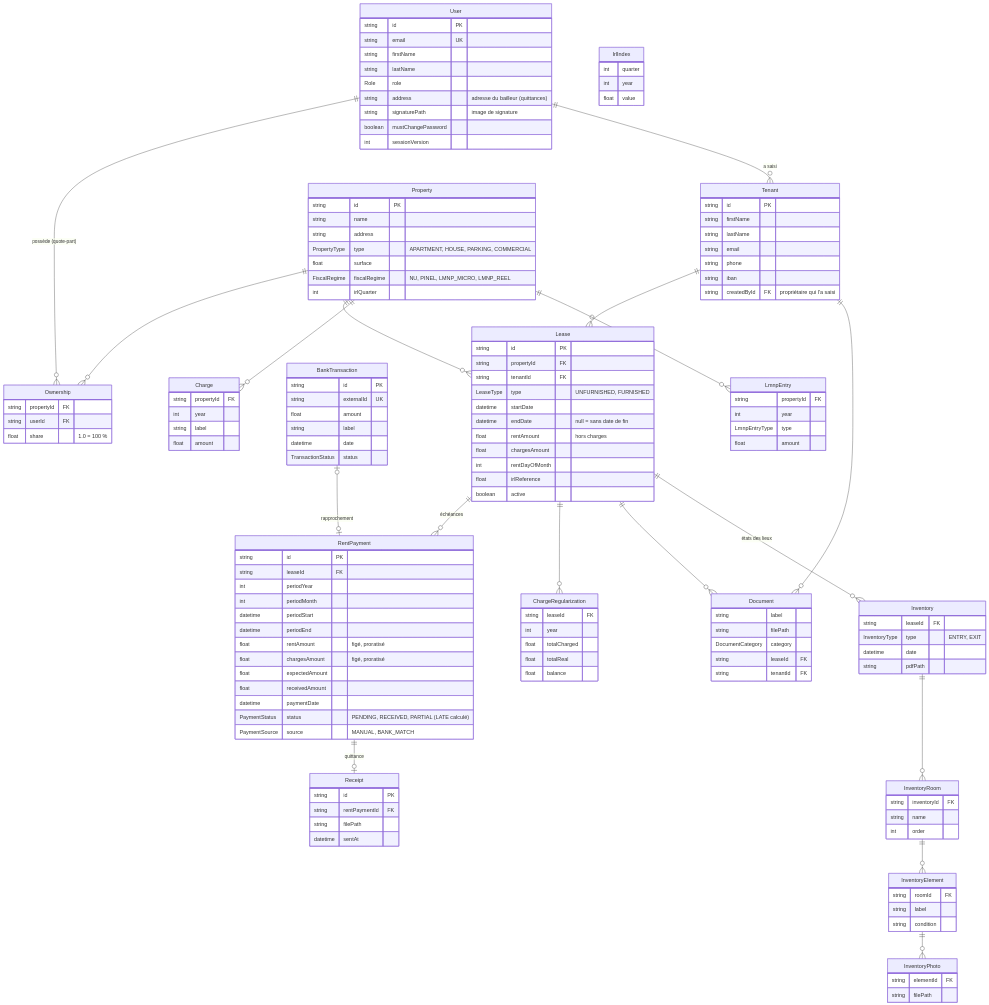
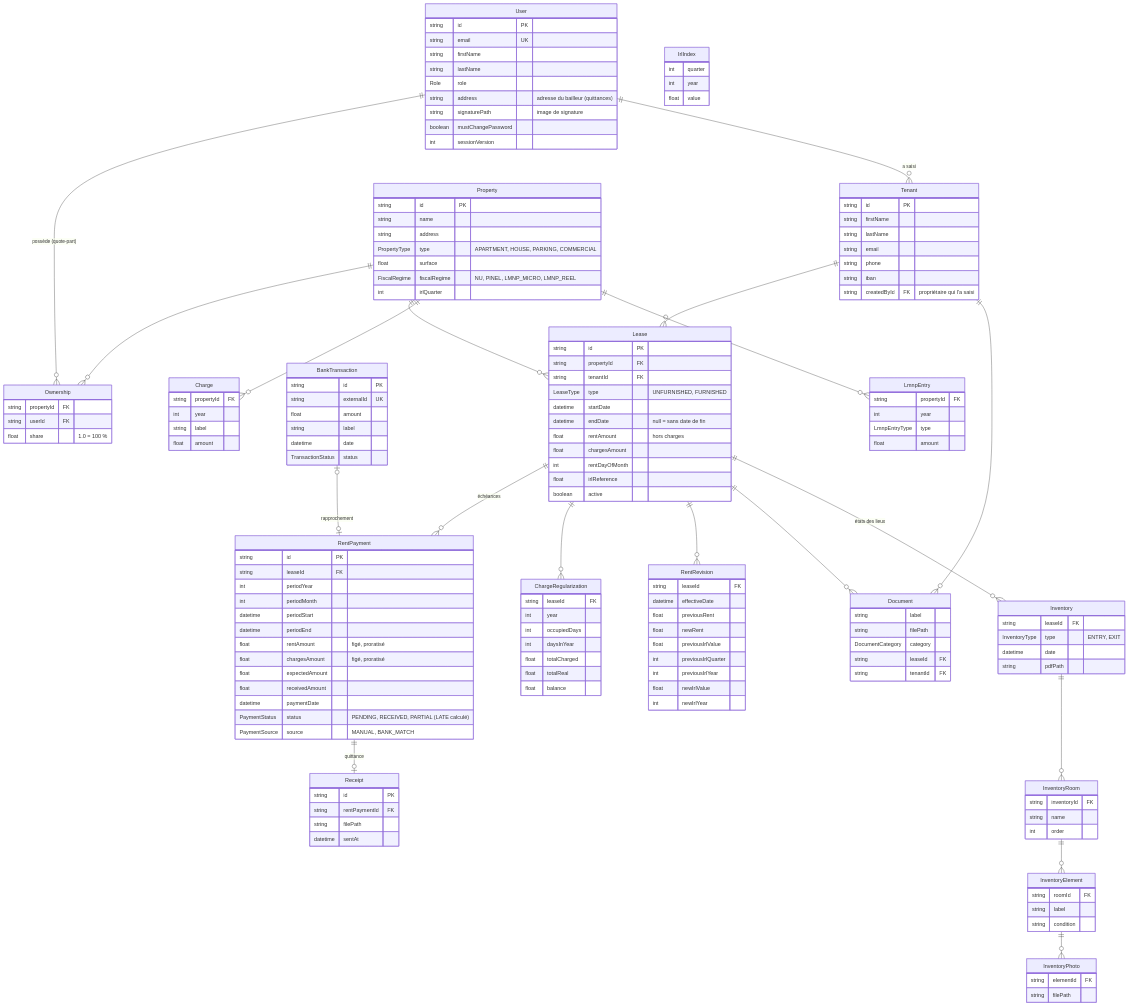
The second of 2 diagrams in docs/ARCHITECTURE.md (asthom8-collab/gestion_locative), drawn with Mermaid before and after one commit. The commit also changed other lines of this file and 21 other files, not shown here.

```diff
--- a/docs/ARCHITECTURE.md
+++ b/docs/ARCHITECTURE.md
@@ -117,6 +125,7 @@
   BankTransaction |o--o| RentPayment : "rapprochement"
   Property ||--o{ Charge : ""
   Lease ||--o{ ChargeRegularization : ""
+  Lease ||--o{ RentRevision : ""
   Property ||--o{ LmnpEntry : ""
   Lease ||--o{ Document : ""
   Tenant ||--o{ Document : ""
@@ -210,9 +219,22 @@
   ChargeRegularization {
     string leaseId FK
     int year
+    int occupiedDays
+    int daysInYear
     float totalCharged
     float totalReal
     float balance
+  }
+  RentRevision {
+    string leaseId FK
+    datetime effectiveDate
+    float previousRent
+    float newRent
+    float previousIrlValue
+    int previousIrlQuarter
+    int previousIrlYear
+    float newIrlValue
+    int newIrlYear
   }
   IrlIndex {
     int quarter
```
